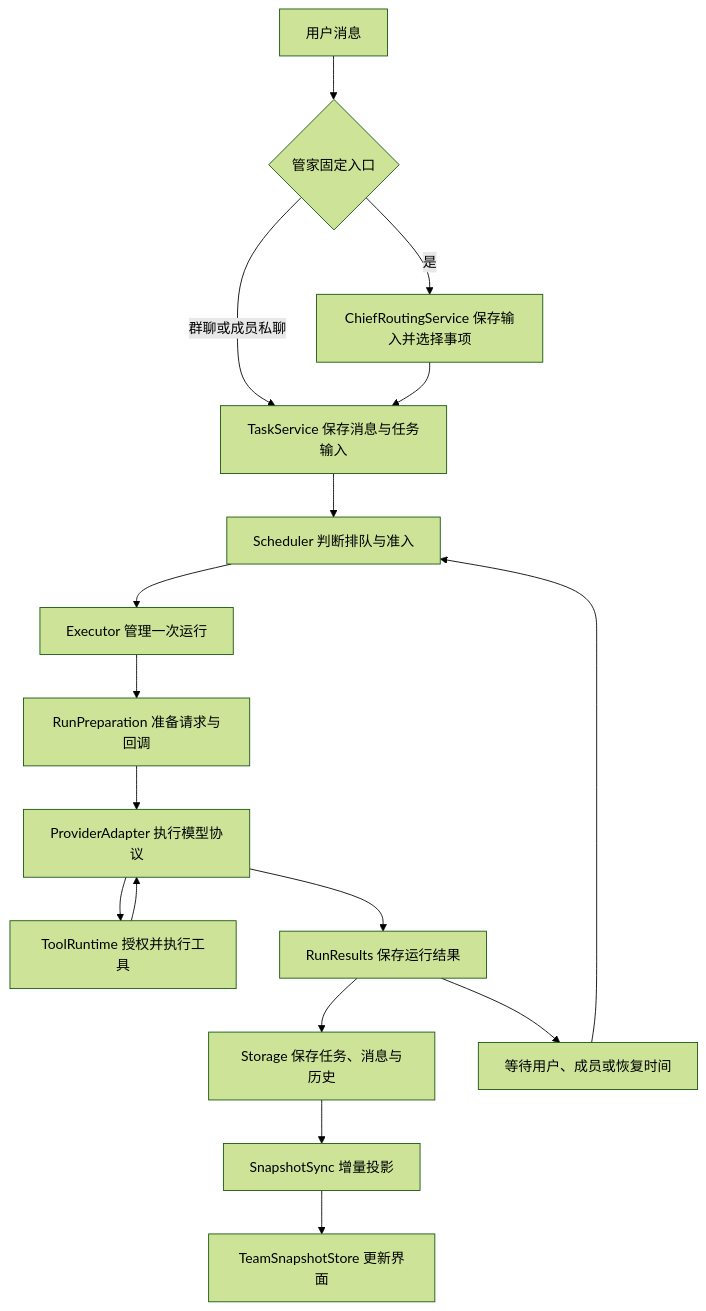
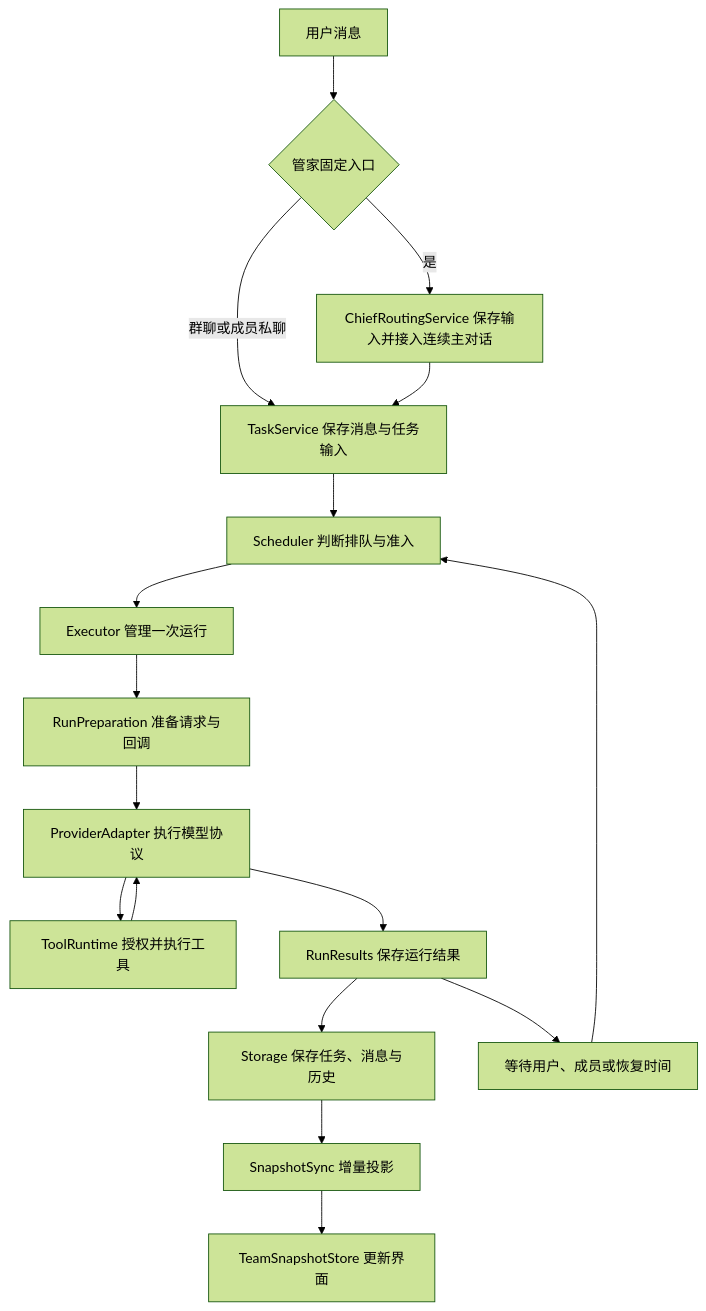
One commit to Fanch-hui/multi-ai-work changed the diagram in docs/architecture.md. Above: the diagram before and after it, drawn with Mermaid (forest theme). The commit also changed other lines of this file and 27 other files, not shown here.

````diff
--- a/docs/architecture.md
+++ b/docs/architecture.md
@@ -5,19 +5,19 @@
 ```mermaid
 flowchart TD
   User[用户消息] --> Entry{管家固定入口}
-  Entry -->|是| Routing[ChiefRoutingService 保存输入并选择事项]
+  Entry -->|是| Routing[ChiefRoutingService 保存输入并接入连续主对话]
   Entry -->|群聊或成员私聊| Task[TaskService 保存消息与任务输入]
   Routing --> Task
   Task --> Scheduler[Scheduler 判断排队与准入]
   Scheduler --> Executor[Executor 管理一次运行]
   Executor --> Preparation[RunPreparation 准备请求与回调]
   Preparation --> Provider[ProviderAdapter 执行模型协议]
   Provider --> Tools[ToolRuntime 授权并执行工具]
   Tools --> Provider
   Provider --> Results[RunResults 保存运行结果]
   Results --> Storage[Storage 保存任务、消息与历史]
   Storage --> Sync[SnapshotSync 增量投影]
   Sync --> UI[TeamSnapshotStore 更新界面]
   Results --> Waiting[等待用户、成员或恢复时间]
   Waiting --> Scheduler
 ```
````
